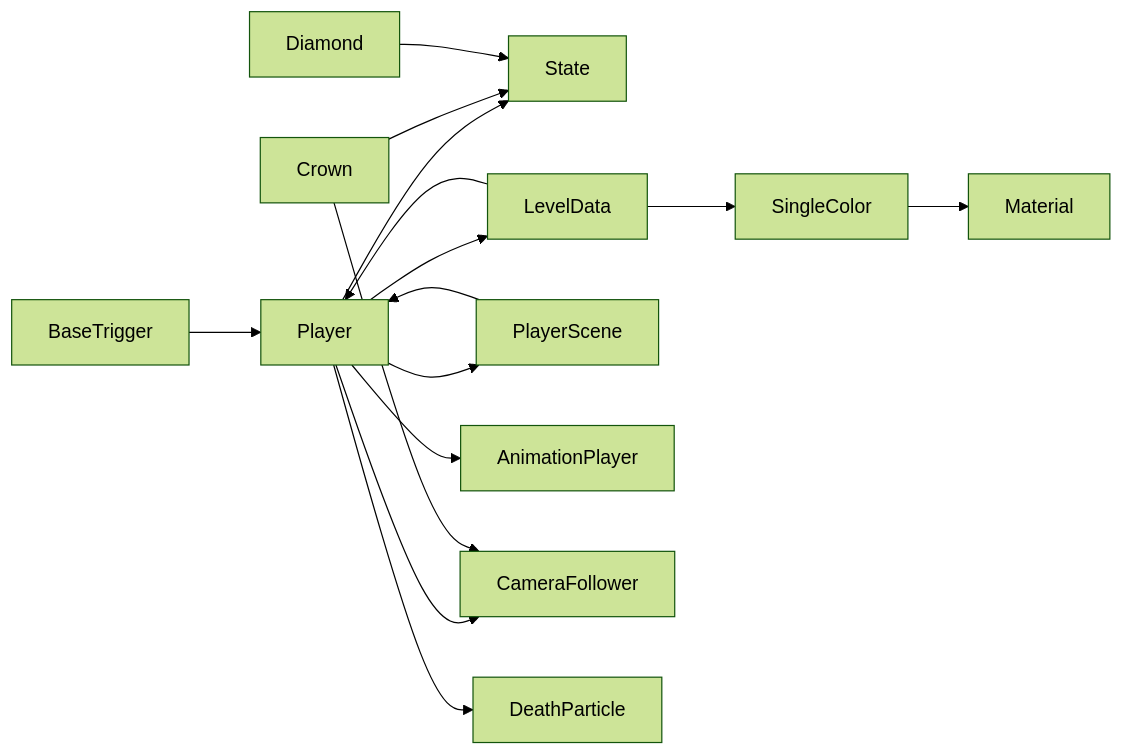
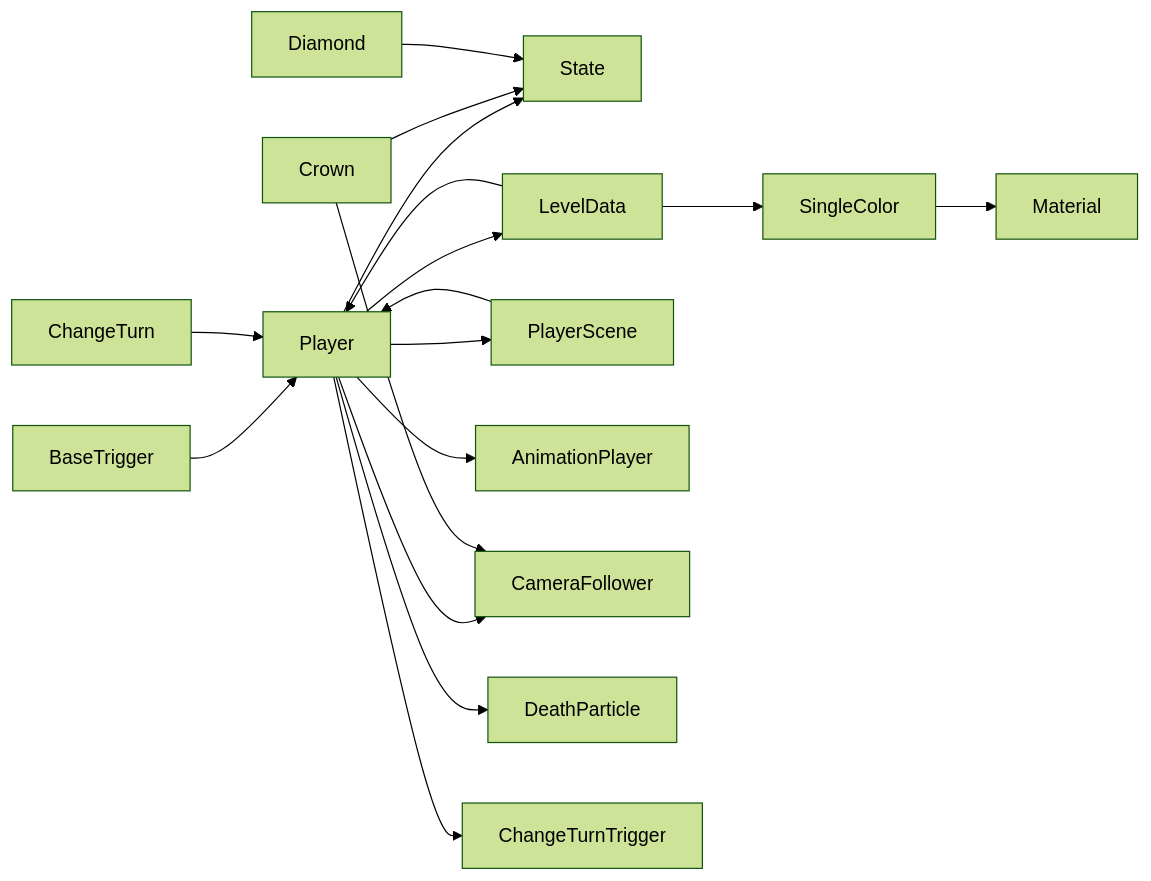
The sixth of 6 diagrams in .qoder/repowiki/zh/content/游戏系统/角色控制系统.md (godotline/godot-line), drawn with Mermaid (forest theme) before and after one commit. The commit also changed other lines of this file and 34 other files, not shown here.

````diff
--- a/.qoder/repowiki/zh/content/游戏系统/角色控制系统.md
+++ b/.qoder/repowiki/zh/content/游戏系统/角色控制系统.md
@@ -429,17 +478,19 @@
 ```mermaid
 graph LR
 Player --> State
 Player --> LevelData
 Player --> PlayerScene
 Player --> AnimationPlayer
 Player --> CameraFollower
 Player --> DeathParticle
+Player --> ChangeTurnTrigger
 Crown --> State
 Crown --> CameraFollower
 Diamond --> State
 BaseTrigger --> Player
+ChangeTurn --> Player
 LevelData --> Player
 PlayerScene --> Player
 LevelData --> SingleColor
 SingleColor --> Material
 ```
````
